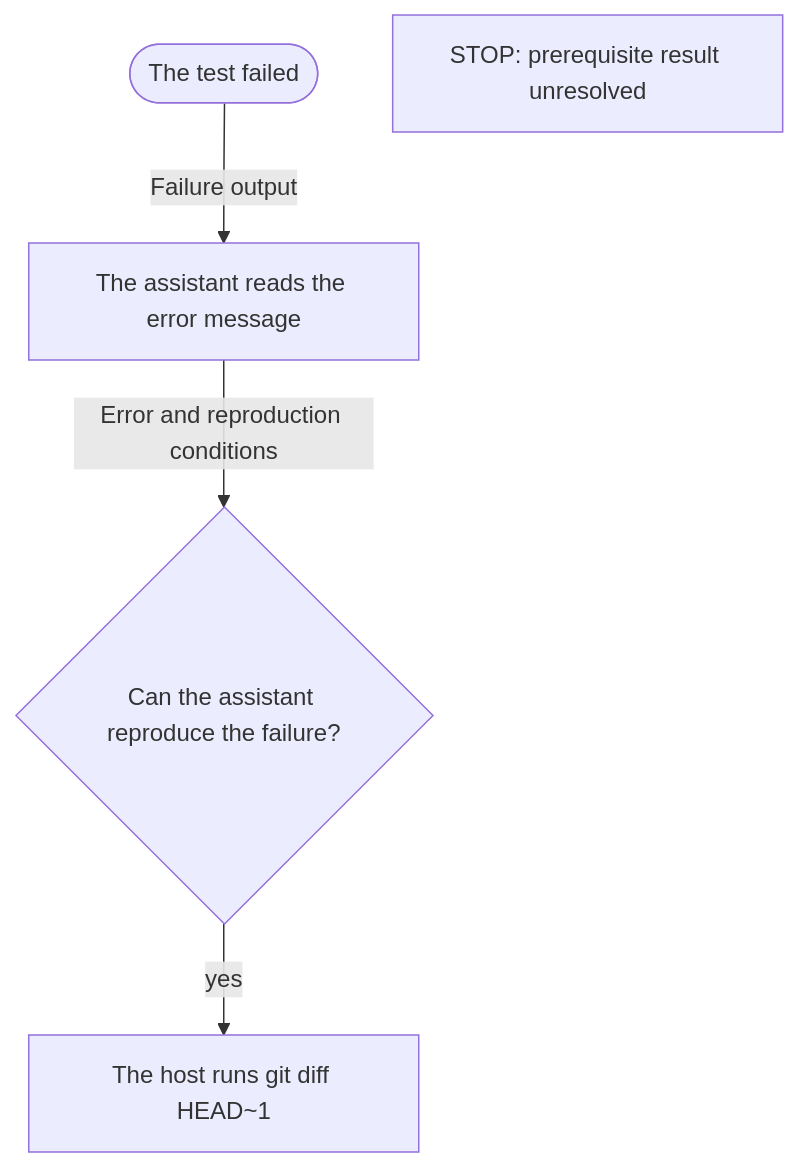
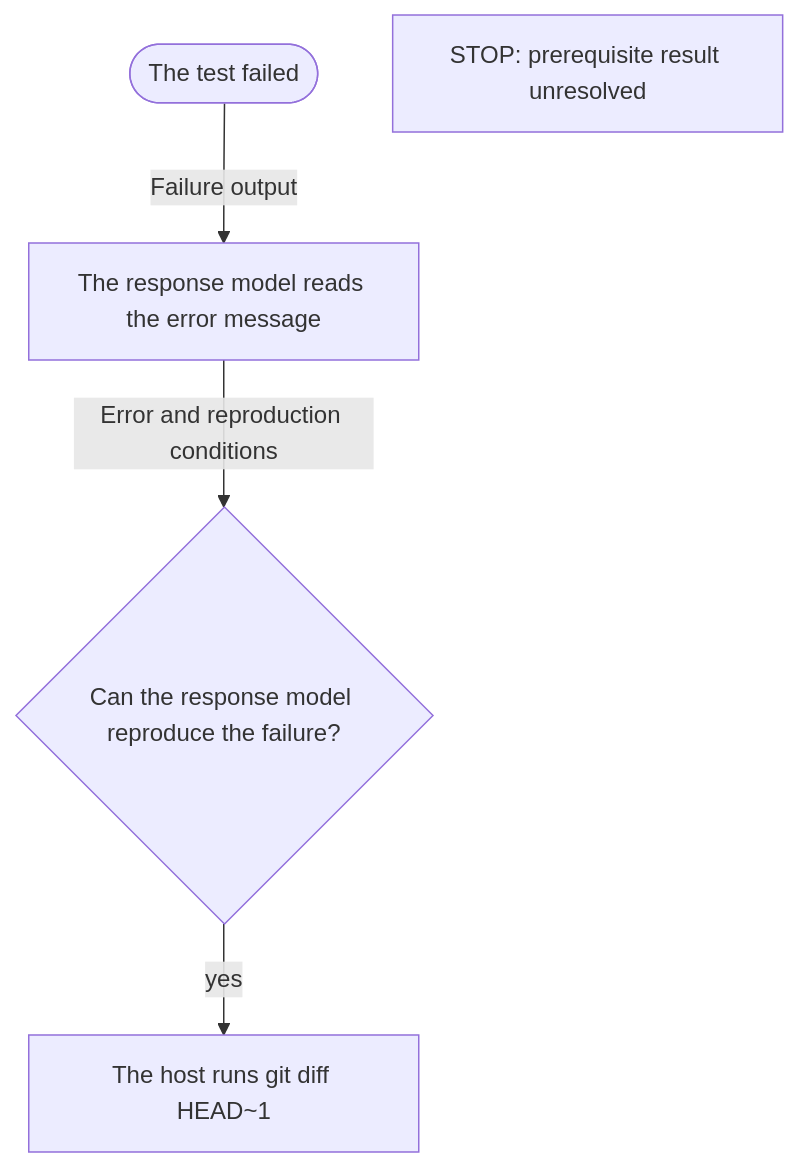
Before and after one commit to AidALL/ghost-alice: the third of 4 diagrams in coding-convention/writing-skills/references/mermaid-conventions.md, drawn with Mermaid. The commit also changed other lines of this file and 77 other files, not shown here.

```diff
--- a/coding-convention/writing-skills/references/mermaid-conventions.md
+++ b/coding-convention/writing-skills/references/mermaid-conventions.md
@@ -74,7 +74,7 @@
 ~~~mermaid
 flowchart TD
-  F(["The test failed"]) -->|Failure output| R["The assistant reads the error message"]
-  R -->|Error and reproduction conditions| D{"Can the assistant reproduce the failure?"}
+  F(["The test failed"]) -->|Failure output| R["The response model reads the error message"]
+  R -->|Error and reproduction conditions| D{"Can the response model reproduce the failure?"}
   D -->|yes| C["The host runs git diff HEAD~1"]
   W["STOP: prerequisite result unresolved"]
 ~~~
```
